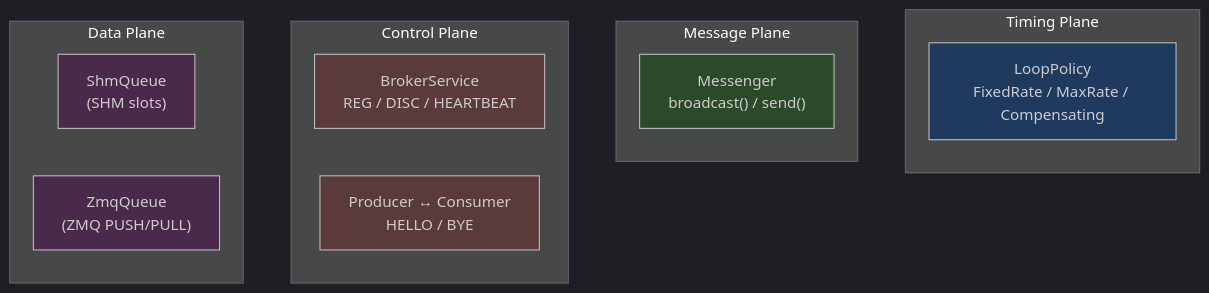
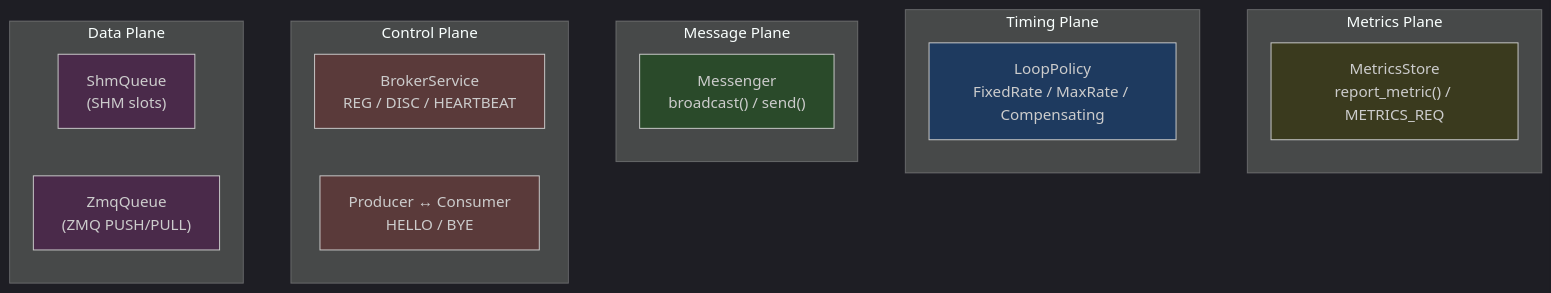
One commit to Qing-LAB/pylabhub changed the eighth of 8 diagrams in cpp/docs/HEP/HEP-CORE-0002-DataHub-FINAL.md. Above: the diagram before and after it, drawn with Mermaid. The commit also changed other lines of this file and 7 other files, not shown here.

````diff
--- a/cpp/docs/HEP/HEP-CORE-0002-DataHub-FINAL.md
+++ b/cpp/docs/HEP/HEP-CORE-0002-DataHub-FINAL.md
@@ -2967,32 +2968,38 @@
 ```mermaid
 %%{init: {'theme': 'dark'}}%%
 graph LR
     subgraph "Data Plane"
         DP_SHM["ShmQueue<br/>(SHM slots)"]
         DP_ZMQ["ZmqQueue<br/>(ZMQ PUSH/PULL)"]
     end
 
     subgraph "Control Plane"
         CP_BR["BrokerService<br/>REG / DISC / HEARTBEAT"]
         CP_PEER["Producer ↔ Consumer<br/>HELLO / BYE"]
     end
 
     subgraph "Message Plane"
         MP["Messenger<br/>broadcast() / send()"]
     end
 
     subgraph "Timing Plane"
         TP["LoopPolicy<br/>FixedRate / MaxRate / Compensating"]
     end
 
+    subgraph "Metrics Plane"
+        MET["MetricsStore<br/>report_metric() / METRICS_REQ"]
+    end
+
     DP_SHM ~~~ CP_BR
     CP_BR ~~~ MP
     MP ~~~ TP
+    TP ~~~ MET
 
     style DP_SHM fill:#4a2a4a
     style DP_ZMQ fill:#4a2a4a
     style CP_BR fill:#5a3a3a
     style CP_PEER fill:#5a3a3a
     style MP fill:#2a4a2a
     style TP fill:#1e3a5f
+    style MET fill:#3a3a1e
 ```
````
